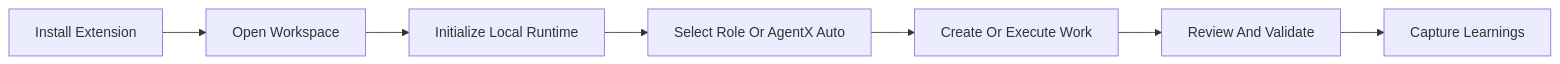
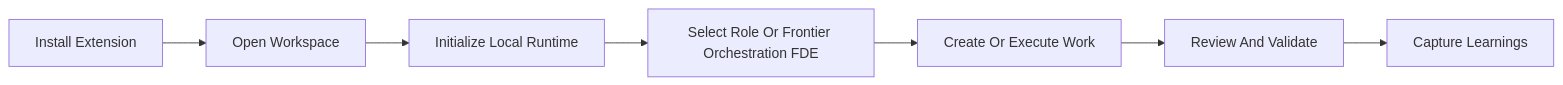
The second of 2 diagrams in vscode-extension/README.md (jnPiyush/AgentX), drawn with Mermaid before and after one commit. The commit also changed other lines of this file and 664 other files, not shown here.

````diff
--- a/vscode-extension/README.md
+++ b/vscode-extension/README.md
@@ -162,9 +165,9 @@
 ```mermaid
 flowchart LR
     I[Install Extension] --> W[Open Workspace]
     W --> R[Initialize Local Runtime]
-    R --> B[Select Role Or AgentX Auto]
+    R --> B[Select Role Or Frontier Orchestration FDE]
     B --> E[Create Or Execute Work]
     E --> V[Review And Validate]
     V --> C[Capture Learnings]
 ```
````
